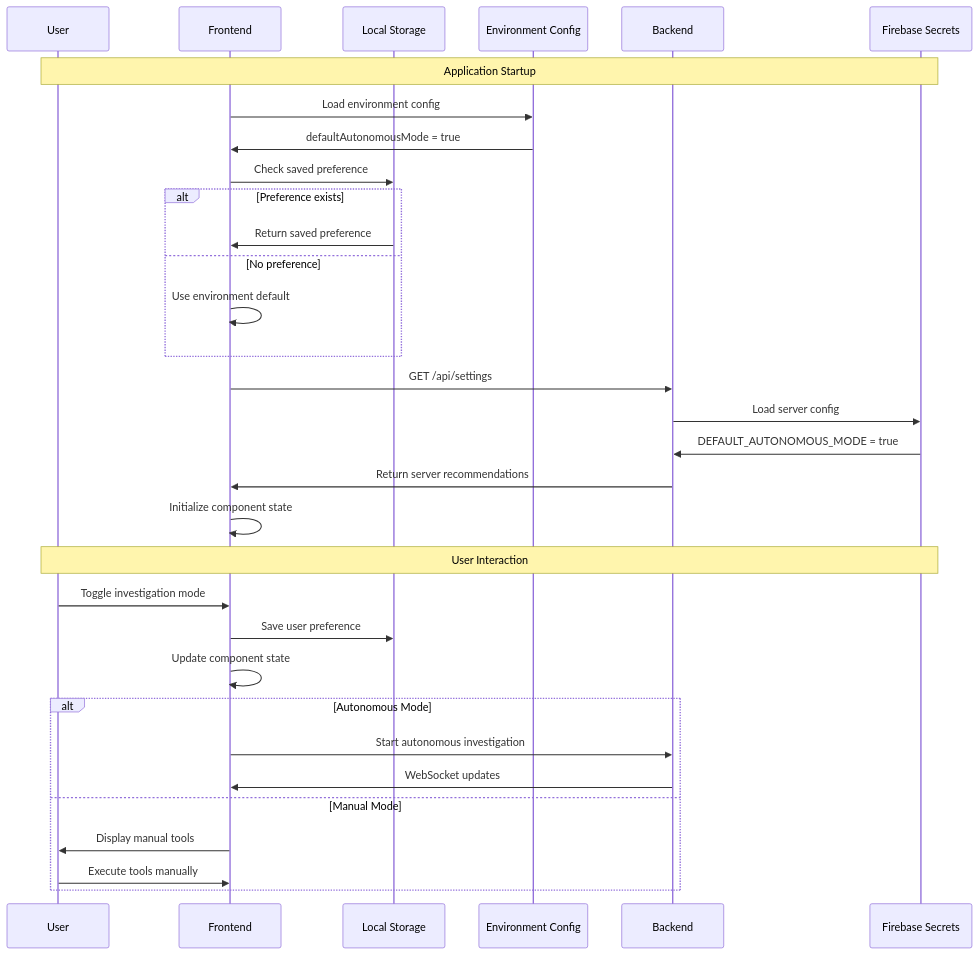
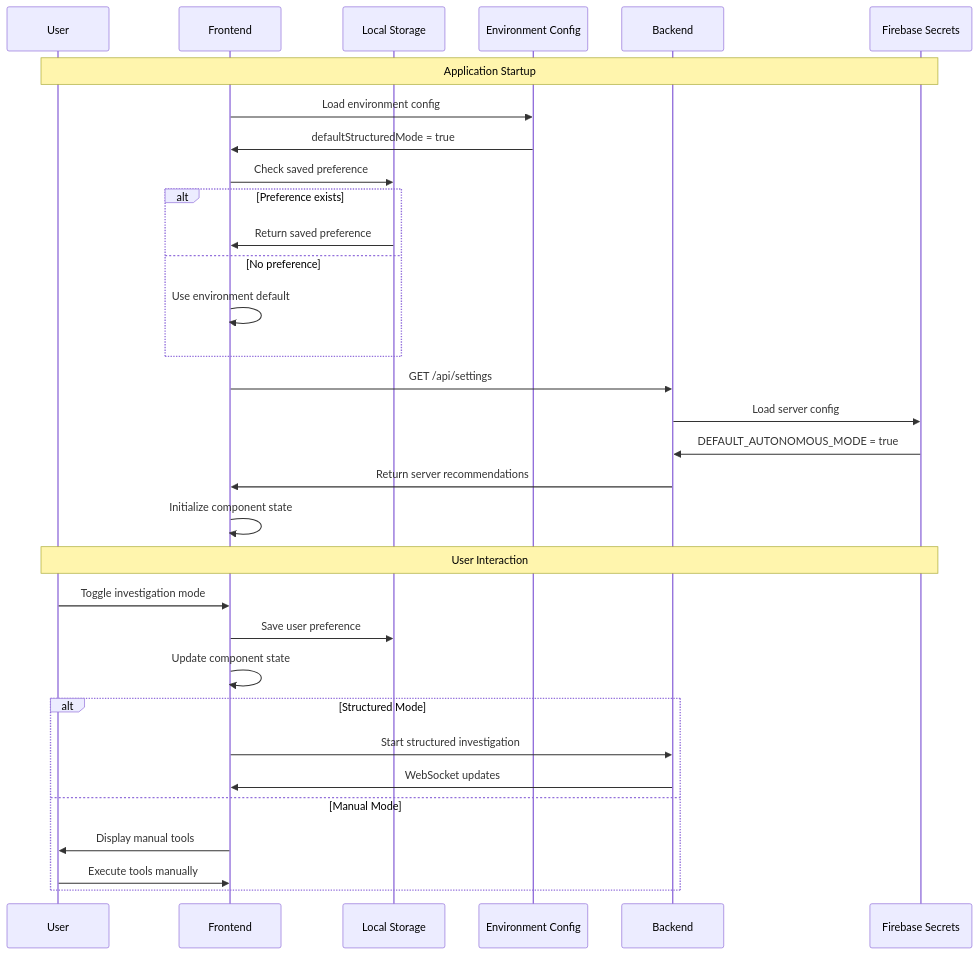
The second of 5 diagrams in docs/diagrams/autonomous-mode-default-architecture-2025-01-04.md (Olorin-ai-git/Bayit-Plus), drawn with Mermaid before and after one commit. The commit also changed other lines of this file and 703 other files, not shown here.

````diff
--- a/docs/diagrams/autonomous-mode-default-architecture-2025-01-04.md
+++ b/docs/diagrams/autonomous-mode-default-architecture-2025-01-04.md
@@ -76,42 +76,42 @@
 ```mermaid
 sequenceDiagram
     participant U as User
     participant F as Frontend
     participant LS as Local Storage
     participant ENV as Environment Config
     participant BE as Backend
     participant FS as Firebase Secrets
     
     Note over U,FS: Application Startup
     
     F->>ENV: Load environment config
-    ENV->>F: defaultAutonomousMode = true
+    ENV->>F: defaultStructuredMode = true
     
     F->>LS: Check saved preference
     alt Preference exists
         LS->>F: Return saved preference
     else No preference
         F->>F: Use environment default
     end
     
     F->>BE: GET /api/settings
     BE->>FS: Load server config
     FS->>BE: DEFAULT_AUTONOMOUS_MODE = true
     BE->>F: Return server recommendations
     
     F->>F: Initialize component state
     
     Note over U,FS: User Interaction
     
     U->>F: Toggle investigation mode
     F->>LS: Save user preference
     F->>F: Update component state
     
-    alt Autonomous Mode
-        F->>BE: Start autonomous investigation
+    alt Structured Mode
+        F->>BE: Start structured investigation
         BE->>F: WebSocket updates
     else Manual Mode
         F->>U: Display manual tools
         U->>F: Execute tools manually
     end
 ```
````
